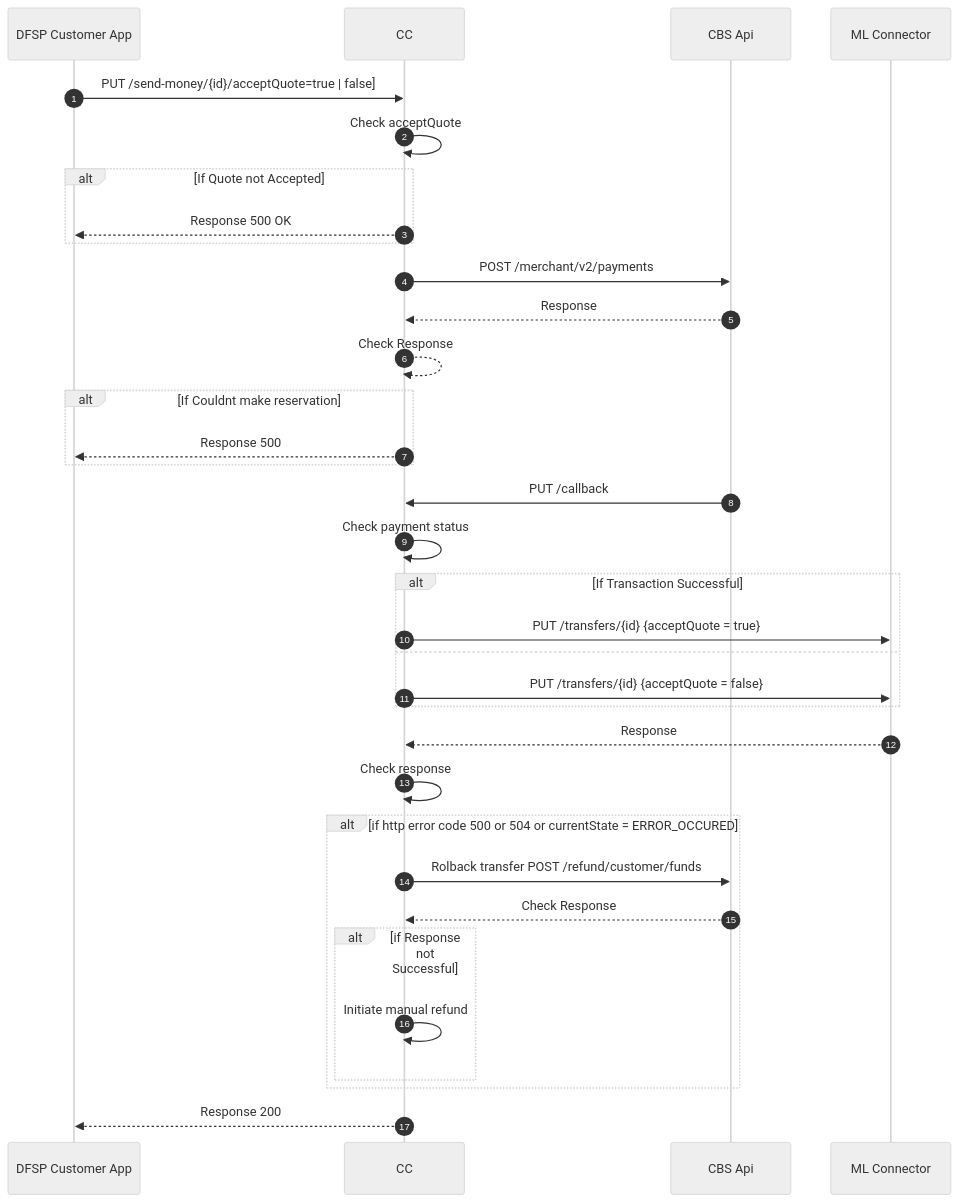
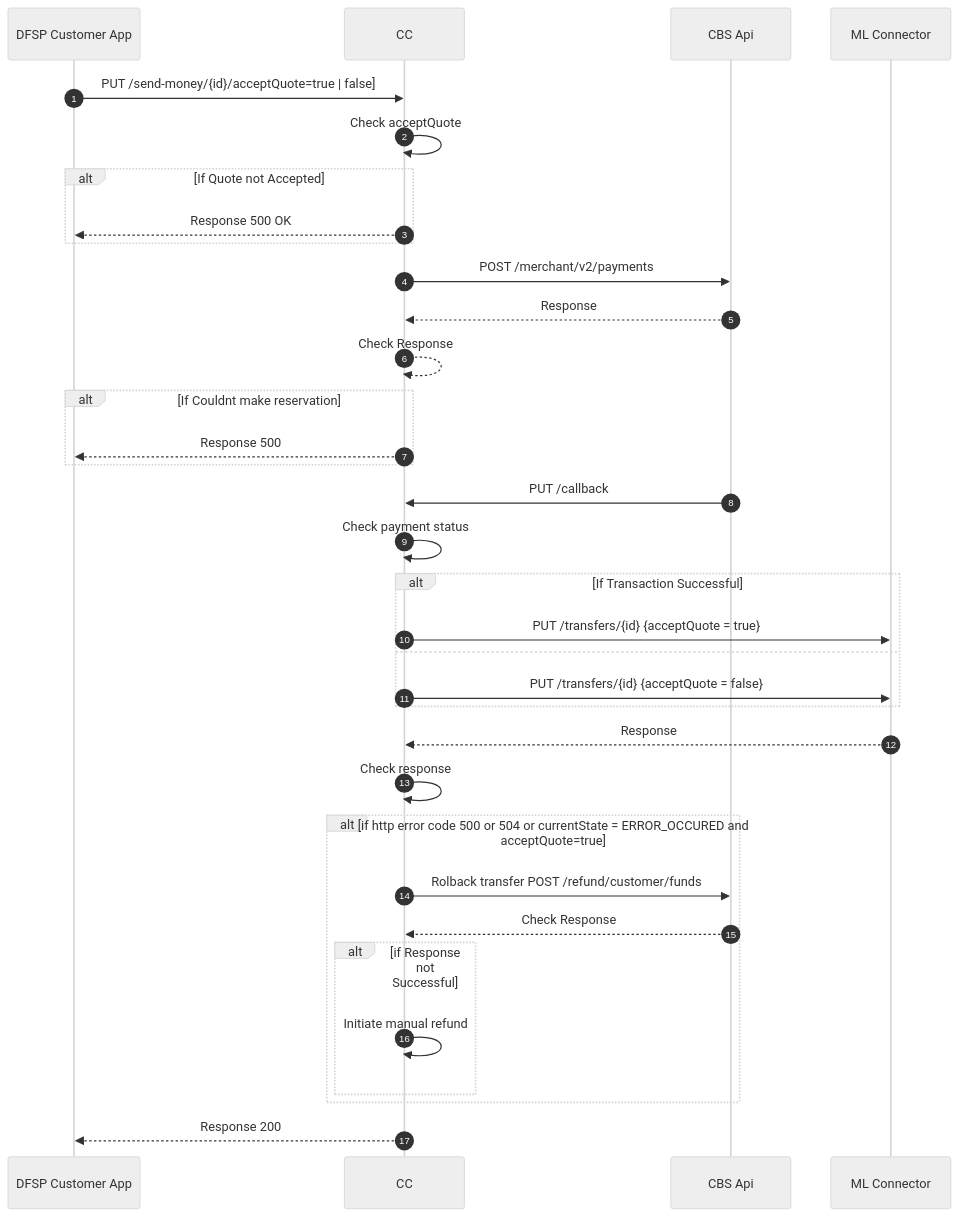
Before and after one commit to mojaloop/ml-reference-connectors: the diagram in core-connector-template/docs/payer/payer-update-send-money-mno.md, drawn with Mermaid (neutral theme). The commit also changed 2 other files, not shown here.

Commit message:
feat: refactor payer send money design to respond to acceptParty

````diff
--- a/core-connector-template/docs/payer/payer-update-send-money-mno.md
+++ b/core-connector-template/docs/payer/payer-update-send-money-mno.md
@@ -4,32 +4,32 @@
 ```mermaid
 sequenceDiagram
   autoNumber
   DFSP Customer App->>CC: PUT /send-money/{id}/acceptQuote=true | false]
   CC->>CC: Check acceptQuote
   Alt If Quote not Accepted
   CC-->>DFSP Customer App: Response 500 OK
   End
   CC->>CBS Api:POST /merchant/v2/payments
   CBS Api-->>CC:Response
   CC-->>CC: Check Response
   Alt If Couldnt make reservation
   CC-->>DFSP Customer App: Response 500
   End
   CBS Api->>CC: PUT /callback
   CC->>CC: Check payment status 
   Alt If Transaction Successful
   CC->>ML Connector:PUT  /transfers/{id} {acceptQuote = true}
   Else
   CC->>ML Connector:PUT  /transfers/{id} {acceptQuote = false}
   End
   ML Connector-->>CC: Response
   CC->>CC: Check response
-  Alt if http error code 500 or 504 or currentState = ERROR_OCCURED
+  Alt if http error code 500 or 504 or currentState = ERROR_OCCURED and acceptQuote=true
   CC->>CBS Api : Rolback transfer POST /refund/customer/funds
   CBS Api-->>CC:Check Response
   Alt if Response not Successful
   CC->>CC: Initiate manual refund
   End
   End
   CC-->> DFSP Customer App: Response 200
 ```
````
